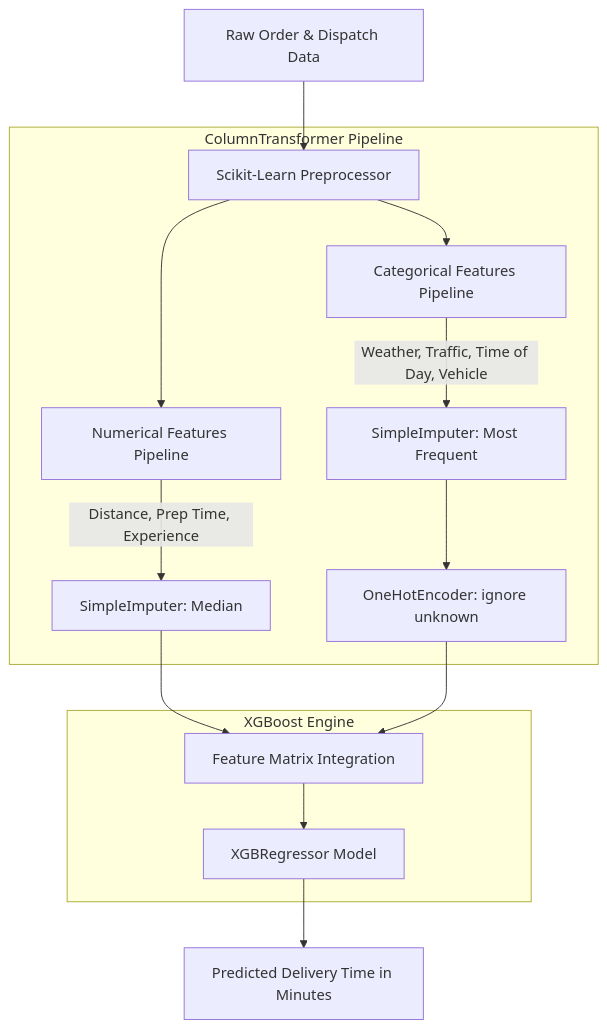
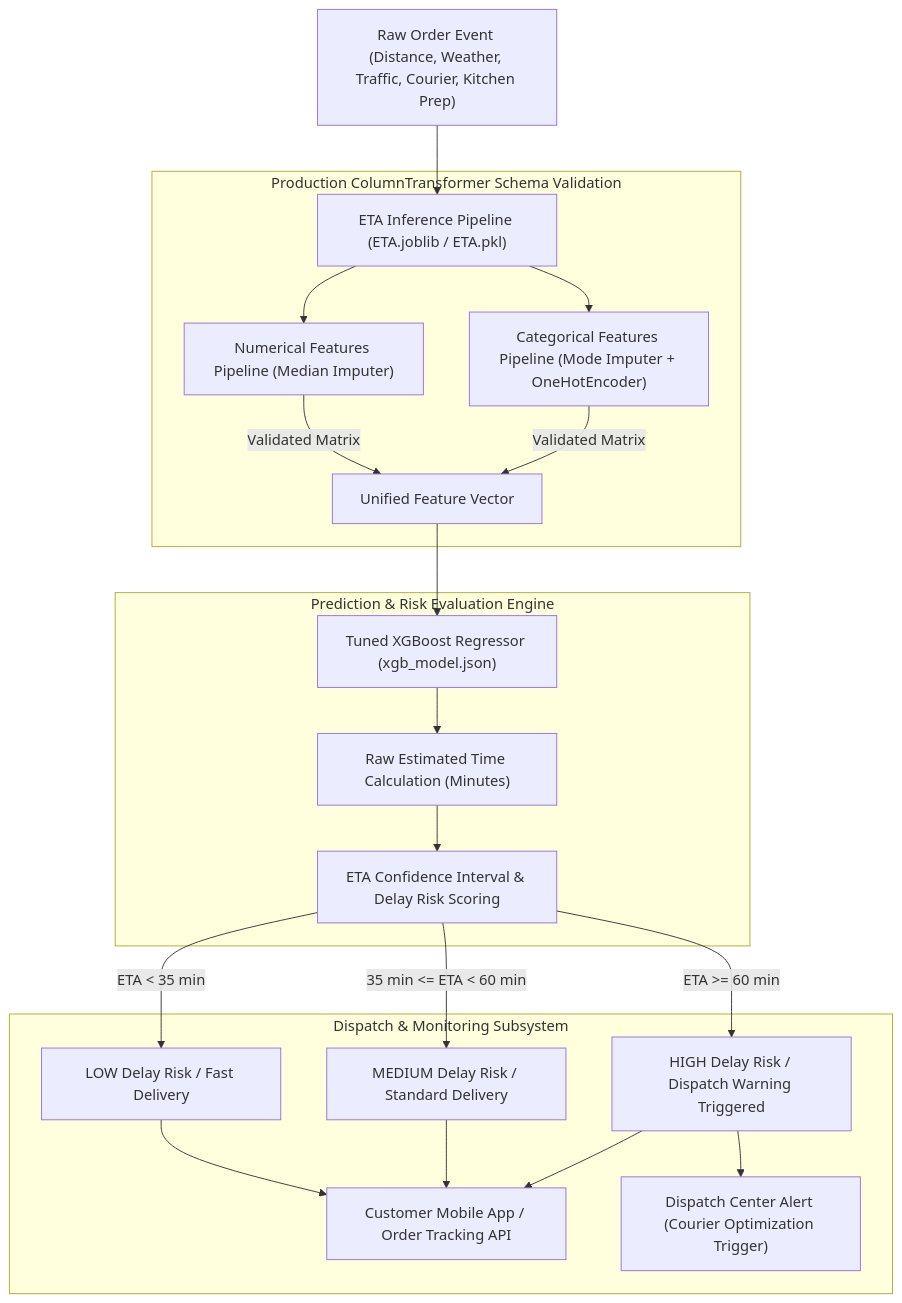
Before and after one commit to Monishwaran45/Estimated-Time-of-Arrival-Prediction-System: the diagram in README.md, drawn with Mermaid. The commit also changed other lines of this file, not shown here.

````diff
--- a/README.md
+++ b/README.md
@@ -41,21 +74,28 @@
 ```mermaid
 flowchart TD
-    A[Raw Order & Dispatch Data] --> B[Scikit-Learn Preprocessor]
+    A["Raw Order Event (Distance, Weather, Traffic, Courier, Kitchen Prep)"] --> B["ETA Inference Pipeline (ETA.joblib / ETA.pkl)"]
     
-    subgraph Preprocessing [ColumnTransformer Pipeline]
-        B --> C[Numerical Features Pipeline]
-        B --> D[Categorical Features Pipeline]
-        C -->|Distance, Prep Time, Experience| C1[SimpleImputer: Median]
-        D -->|Weather, Traffic, Time of Day, Vehicle| D1[SimpleImputer: Most Frequent]
-        D1 --> D2[OneHotEncoder: ignore unknown]
+    subgraph Preprocessing ["Production ColumnTransformer Schema Validation"]
+        B --> C1["Numerical Features Pipeline (Median Imputer)"]
+        B --> C2["Categorical Features Pipeline (Mode Imputer + OneHotEncoder)"]
+        C1 -->|Validated Matrix| D["Unified Feature Vector"]
+        C2 -->|Validated Matrix| D
     end
     
-    C1 --> E[Feature Matrix Integration]
-    D2 --> E
-    
-    subgraph Model [XGBoost Engine]
-        E --> F[XGBRegressor Model]
+    subgraph Engine ["Prediction & Risk Evaluation Engine"]
+        D --> E["Tuned XGBoost Regressor (xgb_model.json)"]
+        E --> F["Raw Estimated Time Calculation (Minutes)"]
+        F --> G["ETA Confidence Interval & Delay Risk Scoring"]
     end
     
-    F --> G[Predicted Delivery Time in Minutes]
+    G -->|ETA < 35 min| H1["LOW Delay Risk / Fast Delivery"]
+    G -->|35 min <= ETA < 60 min| H2["MEDIUM Delay Risk / Standard Delivery"]
+    G -->|ETA >= 60 min| H3["HIGH Delay Risk / Dispatch Warning Triggered"]
+    
+    subgraph Output ["Dispatch & Monitoring Subsystem"]
+        H1 --> I1["Customer Mobile App / Order Tracking API"]
+        H2 --> I1
+        H3 --> I1
+        H3 --> I2["Dispatch Center Alert (Courier Optimization Trigger)"]
+    end
 ```
````
